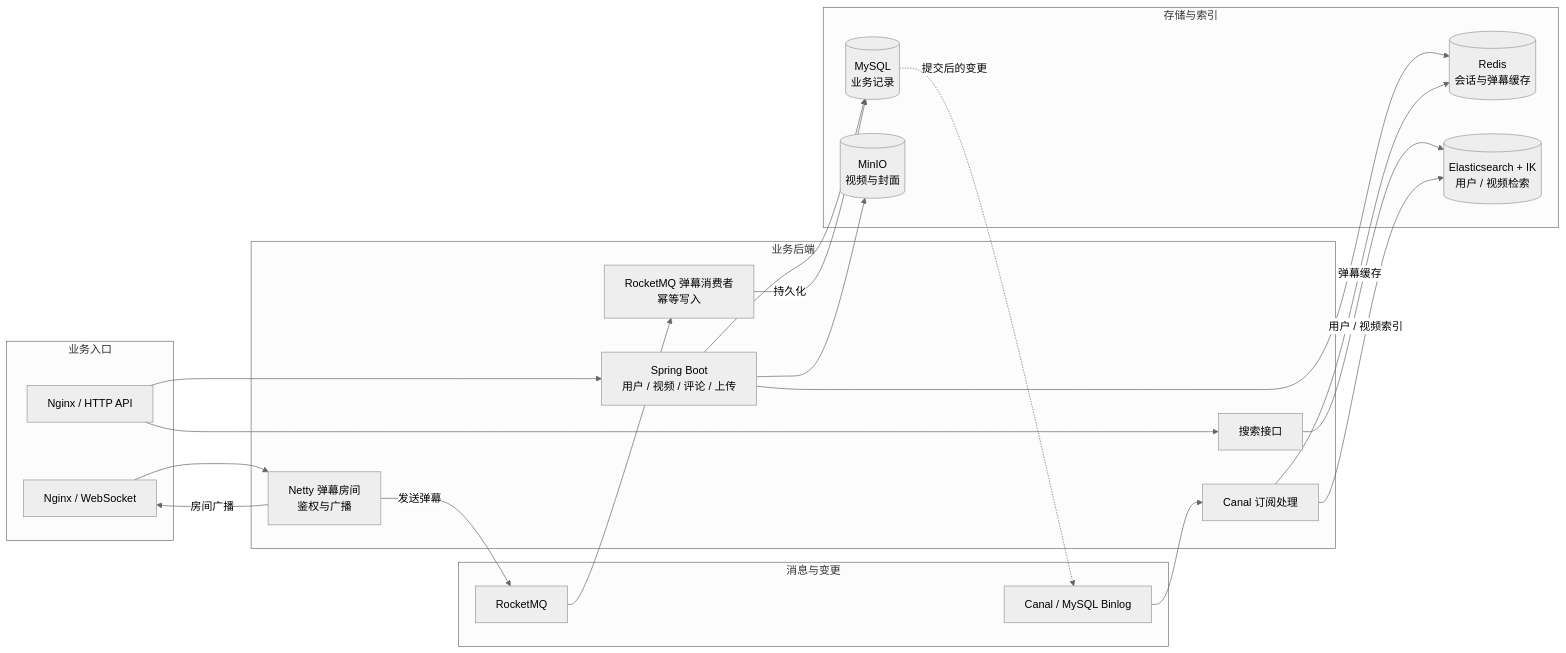
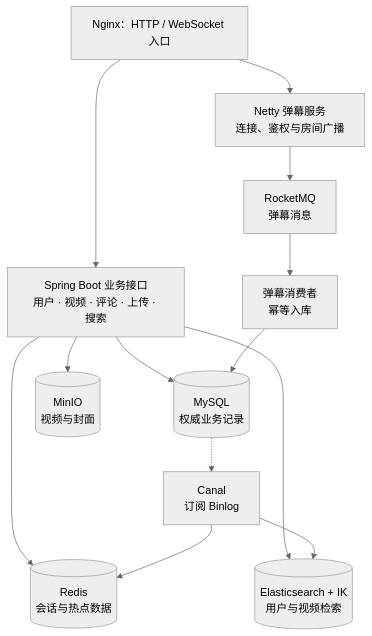
Before and after one commit to NBSW002/Tianmu: the first of 6 diagrams in README.md, drawn with Mermaid (neutral theme). The commit also changed other lines of this file, not shown here.

Commit message:
调整架构图为纵向并重画后端链路

````diff
--- a/README.md
+++ b/README.md
@@ -126,39 +61,16 @@
 ```mermaid
-flowchart LR
-    subgraph Entry["业务入口"]
-        HTTP["Nginx / HTTP API"]
-        Socket["Nginx / WebSocket"]
-    end
-    subgraph App["业务后端"]
-        API["Spring Boot<br/>用户 / 视频 / 评论 / 上传"]
-        Search["搜索接口"]
-        Netty["Netty 弹幕房间<br/>鉴权与广播"]
-        Consumer["RocketMQ 弹幕消费者<br/>幂等写入"]
-        Sync["Canal 订阅处理"]
-    end
-    subgraph Middleware["消息与变更"]
-        MQ["RocketMQ"]
-        Canal["Canal / MySQL Binlog"]
-    end
-    subgraph Storage["存储与索引"]
-        DB[("MySQL<br/>业务记录")]
-        Redis[("Redis<br/>会话与弹幕缓存")]
-        ES[("Elasticsearch + IK<br/>用户 / 视频检索")]
-        MinIO[("MinIO<br/>视频与封面")]
-    end
-    HTTP --> API
-    HTTP --> Search
-    Socket --> Netty
-    API --> DB
-    API --> Redis
-    API --> MinIO
-    Search --> ES
-    Netty -->|发送弹幕| MQ
-    Netty -->|房间广播| Socket
-    MQ --> Consumer
-    Consumer -->|持久化| DB
-    DB -.->|提交后的变更| Canal
-    Canal --> Sync
-    Sync -->|弹幕缓存| Redis
-    Sync -->|用户 / 视频索引| ES
+flowchart TB
+    Gateway["Nginx：HTTP / WebSocket 入口"]
+    Gateway --> Business["Spring Boot 业务接口<br/>用户 · 视频 · 评论 · 上传 · 搜索"]
+    Gateway --> Netty["Netty 弹幕服务<br/>连接、鉴权与房间广播"]
+    Business --> Mysql[("MySQL<br/>权威业务记录")]
+    Business --> Redis[("Redis<br/>会话与热点数据")]
+    Business --> Minio[("MinIO<br/>视频与封面")]
+    Business --> Es[("Elasticsearch + IK<br/>用户与视频检索")]
+    Netty --> Rocket["RocketMQ<br/>弹幕消息"]
+    Rocket --> Consumer["弹幕消费者<br/>幂等入库"]
+    Consumer --> Mysql
+    Mysql -.-> Canal["Canal<br/>订阅 Binlog"]
+    Canal --> Redis
+    Canal --> Es
 ```
````
